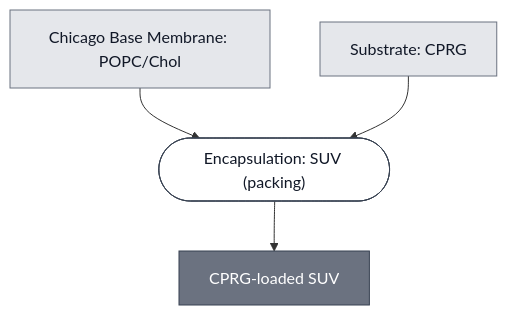
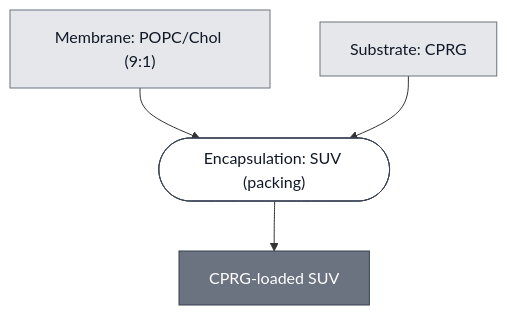
Before and after one commit to nucleus-eng/nucleus-docs: the diagram in docs/modules/substrate-cprg-suv/spec.md, drawn with Mermaid. The commit also changed other lines of this file and 49 other files, not shown here.

````diff
--- a/docs/modules/substrate-cprg-suv/spec.md
+++ b/docs/modules/substrate-cprg-suv/spec.md
@@ -32,25 +32,25 @@
 ```mermaid
 flowchart TD
-    MEMBRANE_POPC_CHOL_CHICAGO["Chicago Base Membrane: POPC/Chol"]
+    MEMBRANE_POPC_CHOL_CHICAGO["Membrane: POPC/Chol (9:1)"]
     SUBSTRATE_CPRG["Substrate: CPRG"]
 
     P1_HYDRATE_AND_EXTRUDE_0(["Encapsulation: SUV (packing)"])
     SUBSTRATE_CPRG_SUV["CPRG-loaded SUV"]
 
     MEMBRANE_POPC_CHOL_CHICAGO --> P1_HYDRATE_AND_EXTRUDE_0
     SUBSTRATE_CPRG --> P1_HYDRATE_AND_EXTRUDE_0
     P1_HYDRATE_AND_EXTRUDE_0 --> SUBSTRATE_CPRG_SUV
 
 
     classDef leaf     fill:#e5e7eb,stroke:#6b7280,color:#111827;
     classDef composed fill:#6b7280,stroke:#374151,color:#ffffff;
     classDef process  fill:#ffffff,stroke:#374151,color:#111827;
     class MEMBRANE_POPC_CHOL_CHICAGO,SUBSTRATE_CPRG leaf;
     class SUBSTRATE_CPRG_SUV composed;
     class P1_HYDRATE_AND_EXTRUDE_0 process;
 
     click MEMBRANE_POPC_CHOL_CHICAGO "/docs/modules/membrane-popc-chol-chicago/spec"
     click SUBSTRATE_CPRG "/docs/modules/substrate-cprg/spec"
     click P1_HYDRATE_AND_EXTRUDE_0 "/docs/processes/encapsulate-suv/main"
     click SUBSTRATE_CPRG_SUV "/docs/modules/substrate-cprg-suv/spec"
 ```
````
